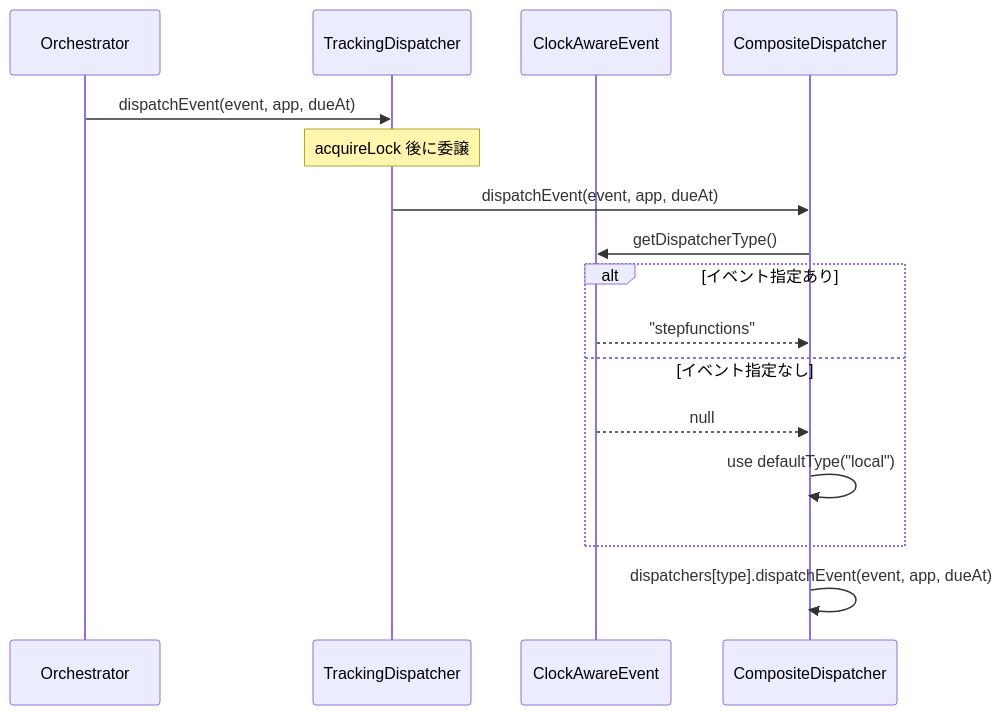
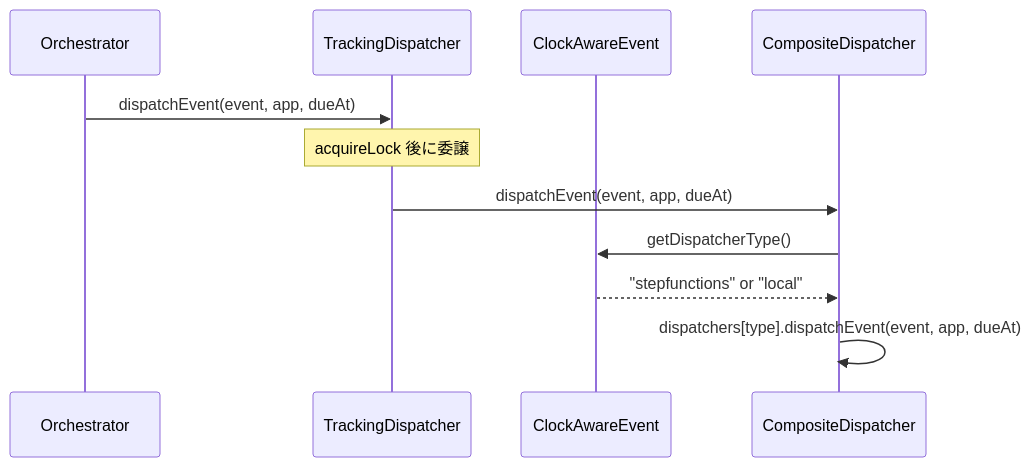
Before and after one commit to rakkofield/laravel-graceful-schedule-worker: the fourth of 4 diagrams in docs/internals/DESIGN.ja.md, drawn with Mermaid. The commit also changed other lines of this file and 2 other files, not shown here.

First line of the commit message:
docs: Update design docs and TESTDOX_IDS.ja.md to reflect type narrowing changes

````diff
--- a/docs/internals/DESIGN.ja.md
+++ b/docs/internals/DESIGN.ja.md
@@ -512,21 +512,15 @@
 ```mermaid
 sequenceDiagram
     participant Orch as Orchestrator
     participant TDisp as TrackingDispatcher
     participant Event as ClockAwareEvent
     participant Comp as CompositeDispatcher
 
     Orch->>TDisp: dispatchEvent(event, app, dueAt)
     Note over TDisp: acquireLock 後に委譲
     TDisp->>Comp: dispatchEvent(event, app, dueAt)
     Comp->>Event: getDispatcherType()
 
-    alt イベント指定あり
-        Event-->>Comp: "stepfunctions"
-    else イベント指定なし
-        Event-->>Comp: null
-        Comp->>Comp: use defaultType("local")
-    end
-
+    Event-->>Comp: "stepfunctions" or "local"
     Comp->>Comp: dispatchers[type].dispatchEvent(event, app, dueAt)
 ```
````
